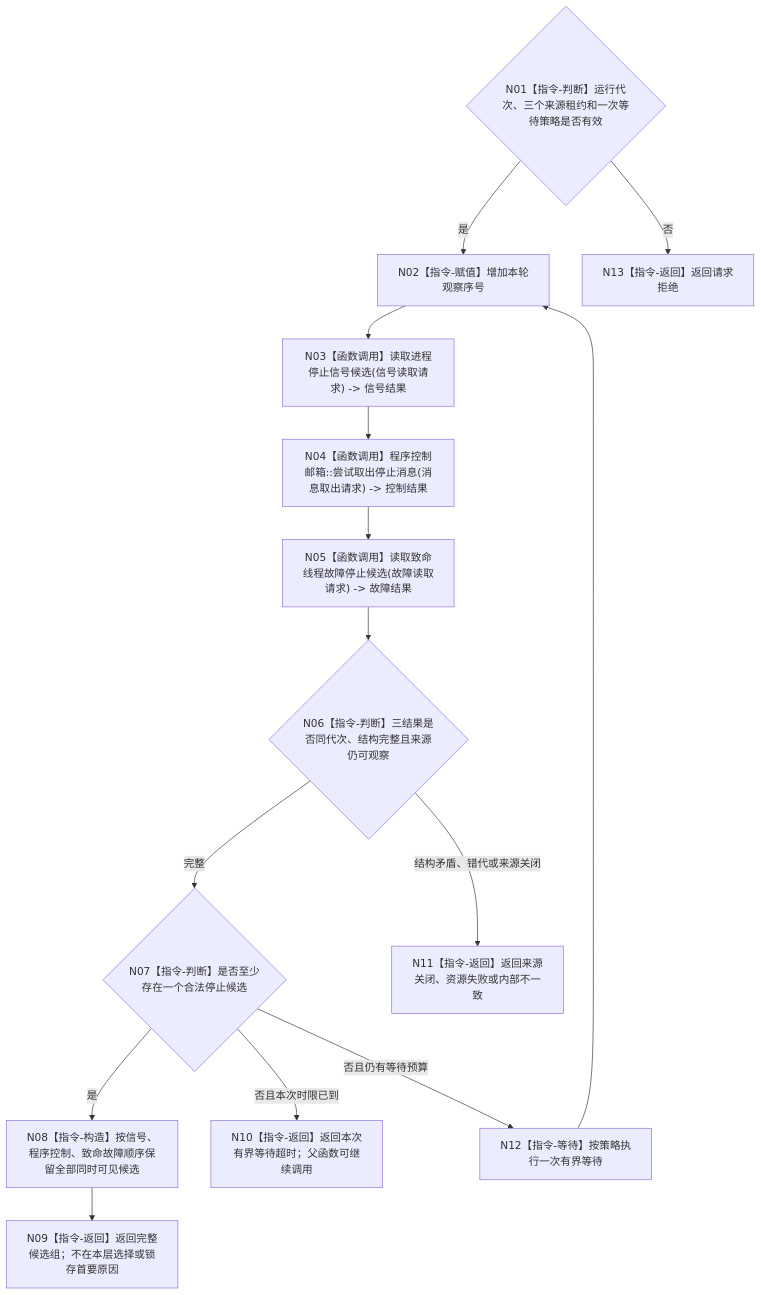
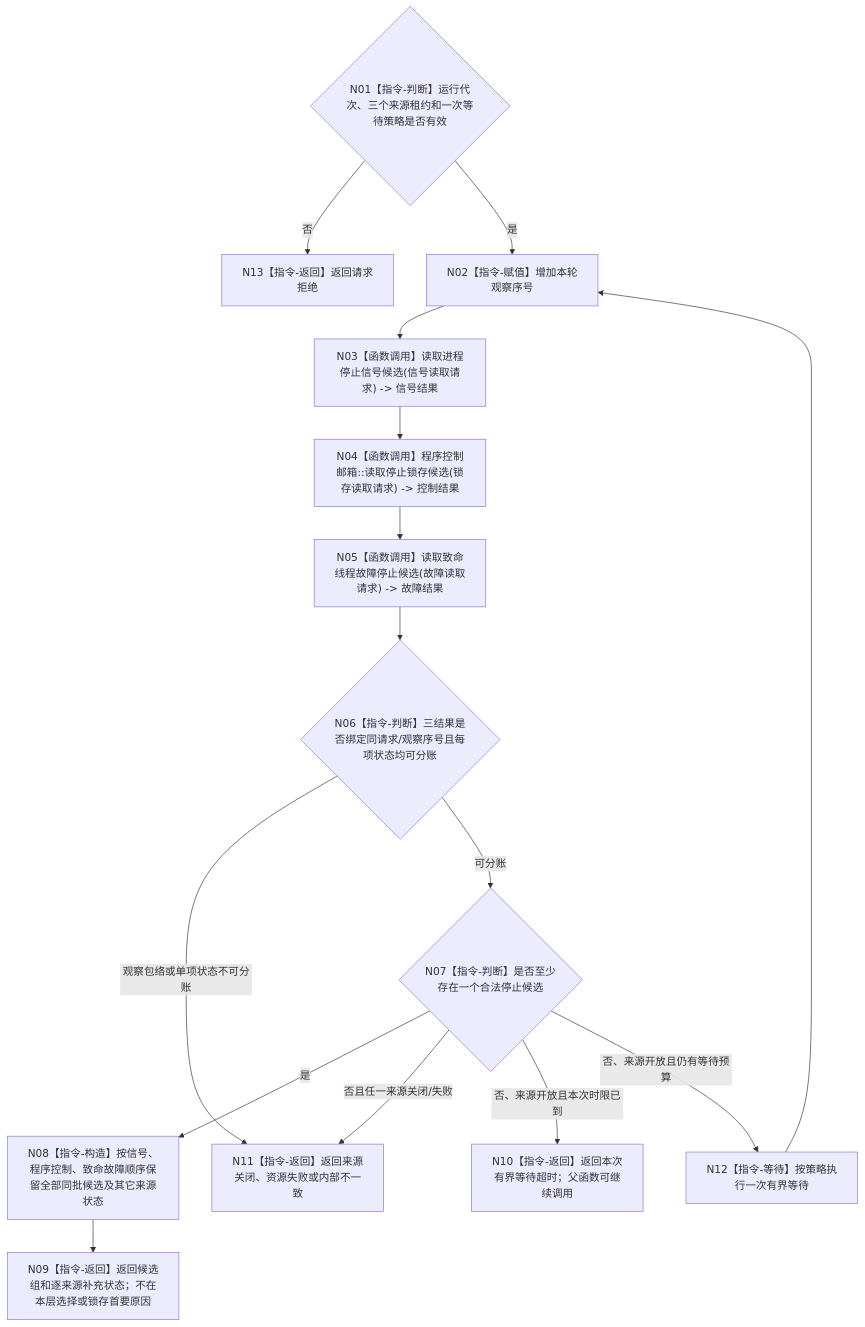
The diagram in 流程图/目标业务流程图/L3/BIZ-L3-001-10-01_等待任一停止来源_目标函数流程图_v0.1.md (chunhaizh-cyber/HY-Ego), drawn with Mermaid before and after one commit. The commit also changed other lines of this file and 13 other files, not shown here.

````diff
--- a/流程图/目标业务流程图/L3/BIZ-L3-001-10-01_等待任一停止来源_目标函数流程图_v0.1.md
+++ b/流程图/目标业务流程图/L3/BIZ-L3-001-10-01_等待任一停止来源_目标函数流程图_v0.1.md
@@ -30,24 +30,25 @@
 ```mermaid
 flowchart TD
     N01{"N01【指令-判断】运行代次、三个来源租约和一次等待策略是否有效"}
     N02["N02【指令-赋值】增加本轮观察序号"]
     N03["N03【函数调用】读取进程停止信号候选(信号读取请求) -> 信号结果"]
-    N04["N04【函数调用】程序控制邮箱::尝试取出停止消息(消息取出请求) -> 控制结果"]
+    N04["N04【函数调用】程序控制邮箱::读取停止锁存候选(锁存读取请求) -> 控制结果"]
     N05["N05【函数调用】读取致命线程故障停止候选(故障读取请求) -> 故障结果"]
-    N06{"N06【指令-判断】三结果是否同代次、结构完整且来源仍可观察"}
+    N06{"N06【指令-判断】三结果是否绑定同请求/观察序号且每项状态均可分账"}
     N07{"N07【指令-判断】是否至少存在一个合法停止候选"}
-    N08["N08【指令-构造】按信号、程序控制、致命故障顺序保留全部同时可见候选"]
-    N09["N09【指令-返回】返回完整候选组；不在本层选择或锁存首要原因"]
+    N08["N08【指令-构造】按信号、程序控制、致命故障顺序保留全部同批候选及其它来源状态"]
+    N09["N09【指令-返回】返回候选组和逐来源补充状态；不在本层选择或锁存首要原因"]
     N10["N10【指令-返回】返回本次有界等待超时；父函数可继续调用"]
     N11["N11【指令-返回】返回来源关闭、资源失败或内部不一致"]
     N12["N12【指令-等待】按策略执行一次有界等待"]
     N13["N13【指令-返回】返回请求拒绝"]
 
     N01 -->|否| N13
     N01 -->|是| N02 --> N03 --> N04 --> N05 --> N06
-    N06 -->|结构矛盾、错代或来源关闭| N11
-    N06 -->|完整| N07
+    N06 -->|观察包络或单项状态不可分账| N11
+    N06 -->|可分账| N07
     N07 -->|是| N08 --> N09
-    N07 -->|否且本次时限已到| N10
-    N07 -->|否且仍有等待预算| N12 --> N02
+    N07 -->|否且任一来源关闭/失败| N11
+    N07 -->|否、来源开放且本次时限已到| N10
+    N07 -->|否、来源开放且仍有等待预算| N12 --> N02
 ```
````
